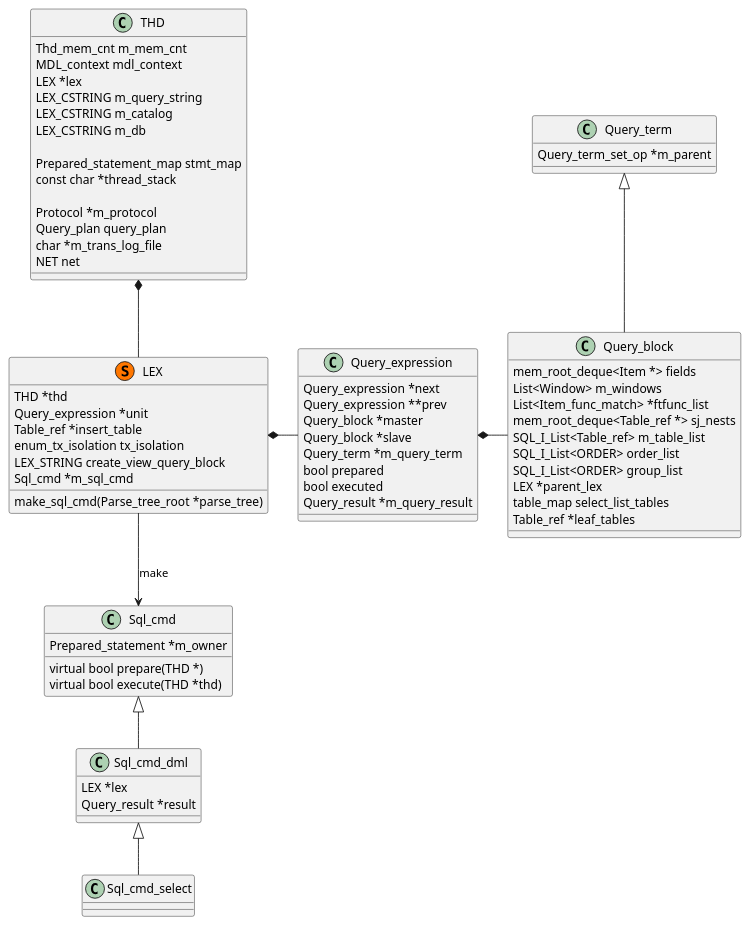
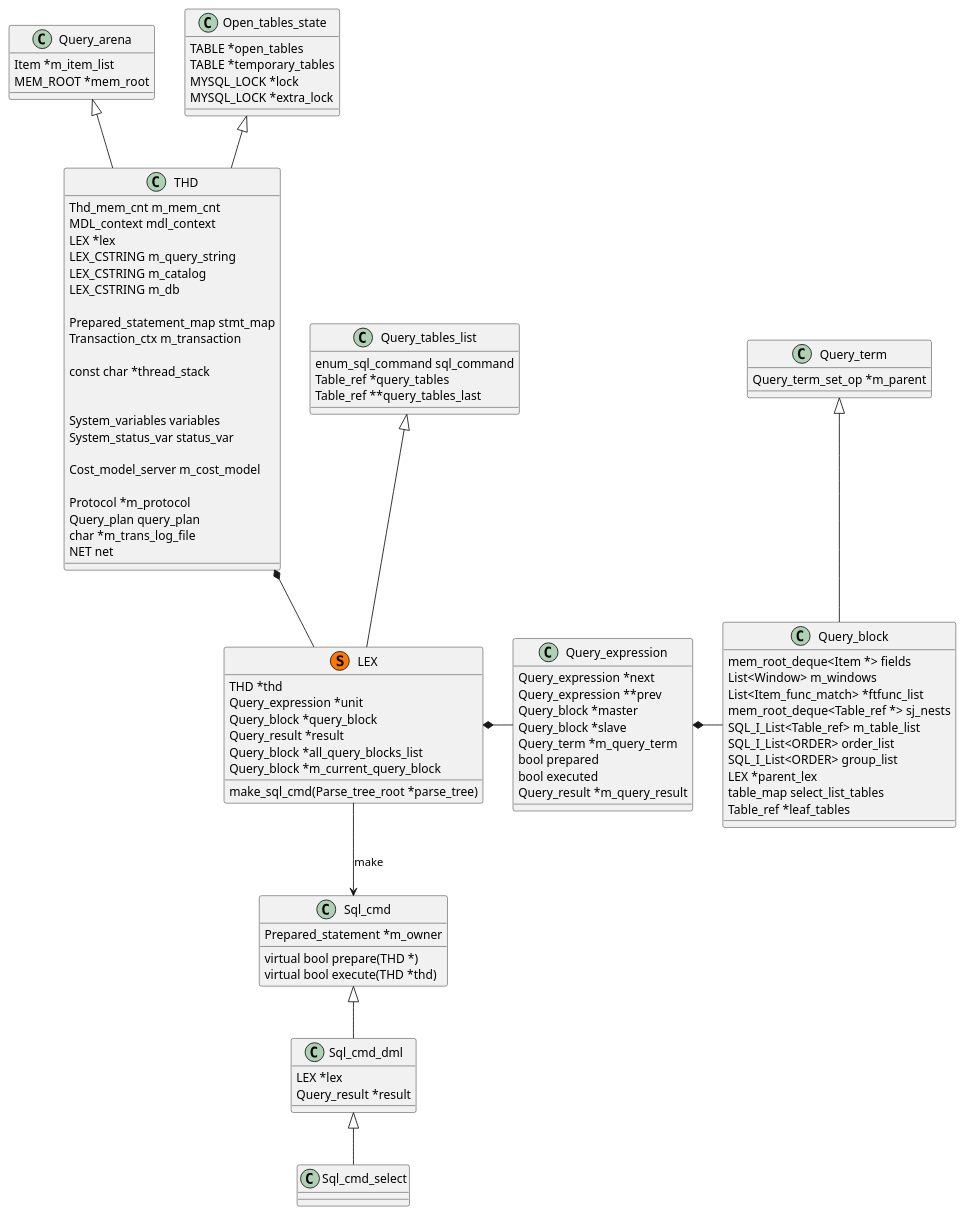
Before and after one commit to kevinwang930/kevinwang930.github.io: the second of 13 diagrams in content/post/data/db/mysql/query/index.md, drawn with PlantUML. The commit also changed other lines of this file and 3 other files, not shown here.

````diff
--- a/content/post/data/db/mysql/query/index.md
+++ b/content/post/data/db/mysql/query/index.md
@@ -119,6 +109,18 @@
 ```plantuml
 
-class THD {
+class Query_arena {
+  Item *m_item_list
+  MEM_ROOT *mem_root
+}
+
+class Open_tables_state {
+  TABLE *open_tables
+  TABLE *temporary_tables
+  MYSQL_LOCK *lock
+  MYSQL_LOCK *extra_lock
+}
+
+class THD extends Query_arena,Open_tables_state {
   Thd_mem_cnt m_mem_cnt
   MDL_context mdl_context
   LEX *lex
@@ -127,7 +129,15 @@
   LEX_CSTRING m_db
 
   Prepared_statement_map stmt_map
+  Transaction_ctx m_transaction
+
   const char *thread_stack
+
+
+  System_variables variables
+  System_status_var status_var
+
+  Cost_model_server m_cost_model
 
   Protocol *m_protocol
   Query_plan query_plan
@@ -135,13 +145,19 @@
   NET net
 }
 
-class LEX << (S,#FF7700) >> {
+class Query_tables_list {
+  enum_sql_command sql_command
+  Table_ref *query_tables
+  Table_ref **query_tables_last
+}
+
+class LEX << (S,#FF7700) >> extends Query_tables_list{
   THD *thd
   Query_expression *unit
-  Table_ref *insert_table
-  enum_tx_isolation tx_isolation
-  LEX_STRING create_view_query_block
-  Sql_cmd *m_sql_cmd
+  Query_block *query_block
+  Query_result *result
+  Query_block *all_query_blocks_list
+  Query_block *m_current_query_block
   make_sql_cmd(Parse_tree_root *parse_tree)
 }
 
````
